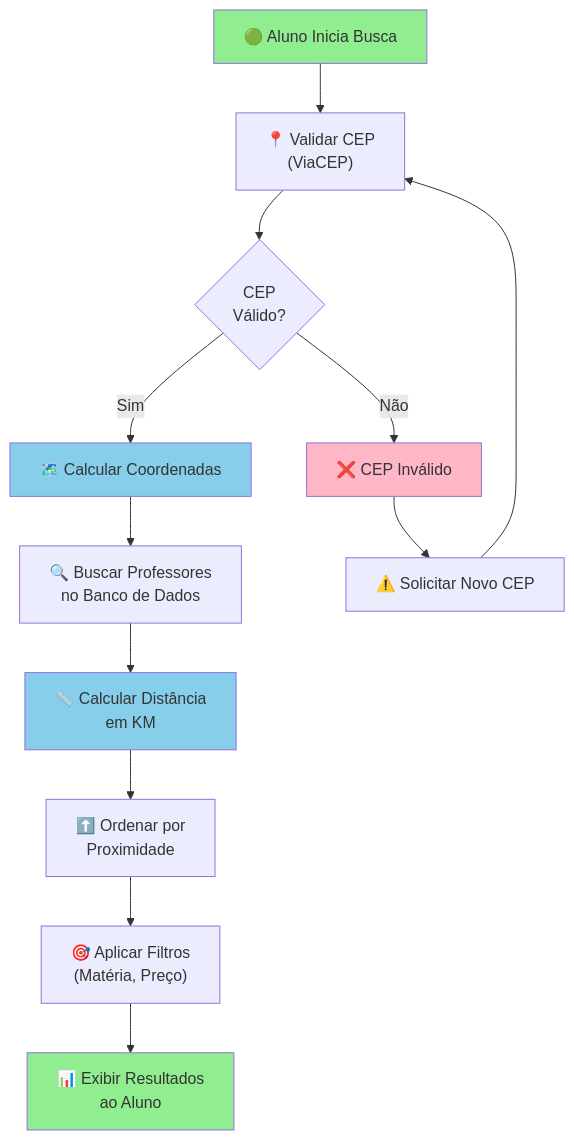
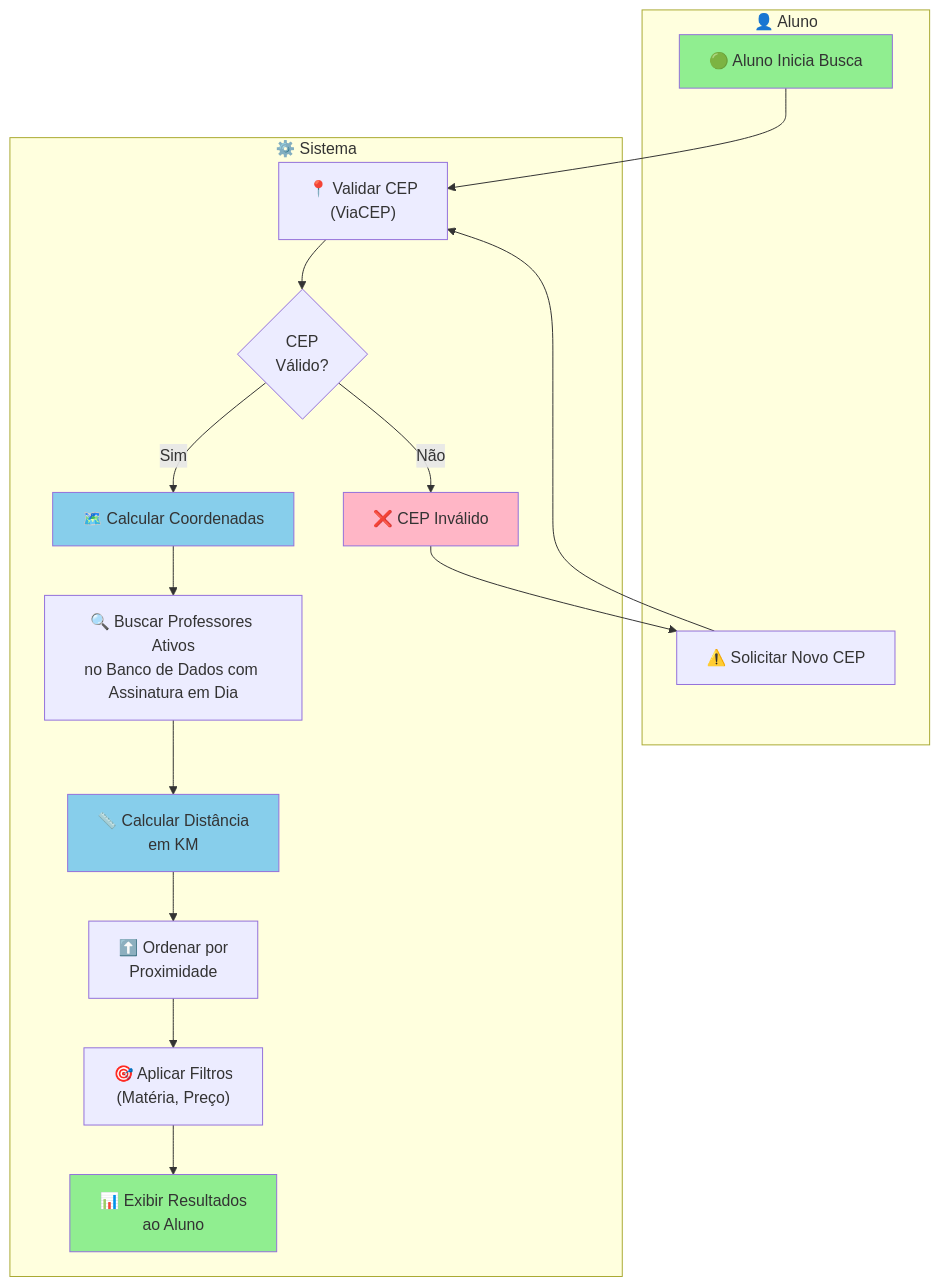
Before and after one commit to VictorHCSampaio/ConectaPro: the third of 10 diagrams in BPMN_DIAGRAM.md, drawn with Mermaid. The commit also changed other lines of this file, not shown here.

Commit message:
docs: atualiza diagrama BPMN com raias e matriz RACI final

````diff
--- a/BPMN_DIAGRAM.md
+++ b/BPMN_DIAGRAM.md
@@ -52,20 +123,37 @@
 ```mermaid
 graph TD
-    A["🟢 Aluno Inicia Busca"] --> B["📍 Validar CEP<br/>(ViaCEP)"]
-    B --> C{CEP<br/>Válido?}
-    C -->|Sim| D["🗺️ Calcular Coordenadas"]
-    C -->|Não| E["❌ CEP Inválido"]
-    E --> F["⚠️ Solicitar Novo CEP"]
+    subgraph Aluno["👤 Aluno"]
+        A["🟢 Aluno Inicia Busca"]
+        F["⚠️ Solicitar Novo CEP"]
+    end
+
+    subgraph Sistema["⚙️ Sistema"]
+        B["📍 Validar CEP<br/>(ViaCEP)"]
+        C{CEP<br/>Válido?}
+        D["🗺️ Calcular Coordenadas"]
+        E["❌ CEP Inválido"]
+        G["🔍 Buscar Professores Ativos<br/>no Banco de Dados com Assinatura em Dia"]
+        H["📏 Calcular Distância<br/>em KM"]
+        I["⬆️ Ordenar por<br/>Proximidade"]
+        J["🎯 Aplicar Filtros<br/>(Matéria, Preço)"]
+        K["📊 Exibir Resultados<br/>ao Aluno"]
+    end
+
+    A --> B
+    B --> C
+    C -->|Sim| D
+    C -->|Não| E
+    E --> F
     F --> B
-    D --> G["🔍 Buscar Professores<br/>no Banco de Dados"]
-    G --> H["📏 Calcular Distância<br/>em KM"]
-    H --> I["⬆️ Ordenar por<br/>Proximidade"]
-    I --> J["🎯 Aplicar Filtros<br/>(Matéria, Preço)"]
-    J --> K["📊 Exibir Resultados<br/>ao Aluno"]
-    
+    D --> G
+    G --> H
+    H --> I
+    I --> J
+    J --> K
+
     style A fill:#90EE90
     style K fill:#90EE90
     style E fill:#FFB6C6
     style D fill:#87CEEB
     style H fill:#87CEEB
 ```
````
